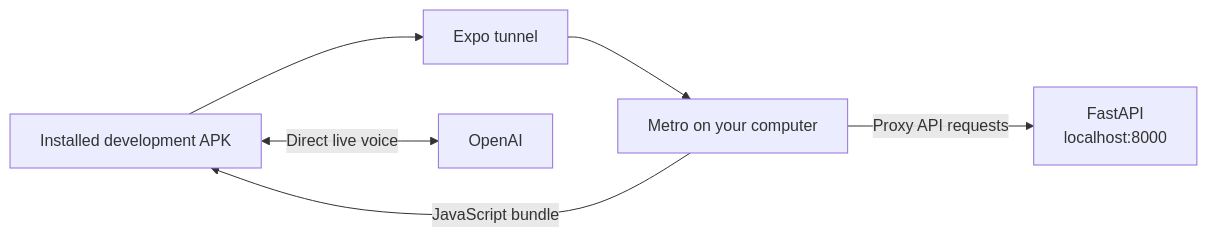
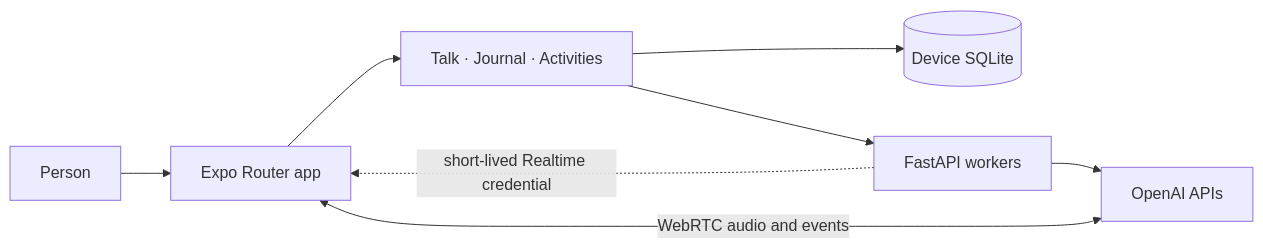
One commit to sandip-pathe/mira changed the diagram in ARCHITECTURE.md. Above: the diagram before and after it, drawn with Mermaid. The commit also changed other lines of this file and 408 other files, not shown here.

````diff
--- a/ARCHITECTURE.md
+++ b/ARCHITECTURE.md
@@ -105,8 +7,10 @@
 ```mermaid
 flowchart LR
-    APK["Installed development APK"] --> Tunnel["Expo tunnel"]
-    Tunnel --> Metro["Metro on your computer"]
-    Metro -->|"JavaScript bundle"| APK
-    Metro -->|"Proxy API requests"| API["FastAPI<br/>localhost:8000"]
-    APK <-->|"Direct live voice"| OpenAI[OpenAI]
+  Person --> Expo["Expo Router app"]
+  Expo --> Features["Talk · Journal · Activities"]
+  Features --> SQLite[("Device SQLite")]
+  Features --> API["FastAPI workers"]
+  API --> OpenAI["OpenAI APIs"]
+  API -. "short-lived Realtime credential" .-> Expo
+  Expo <-->|"WebRTC audio and events"| OpenAI
 ```
````
